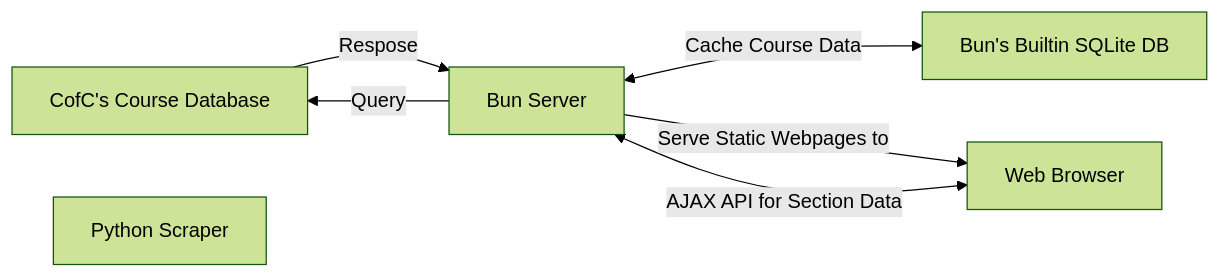
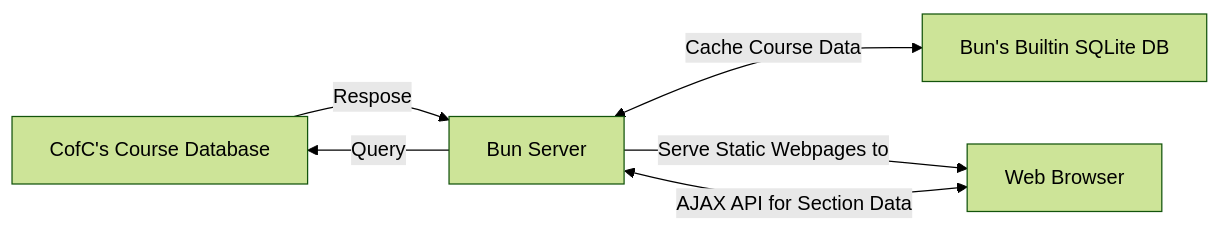
The first of 2 diagrams in docs/assignments/2 - Proposal Presentation/presentation.md (anabelle2001/class-registration-assistant), drawn with Mermaid (forest theme) before and after one commit. The commit also changed other lines of this file, not shown here.

````diff
--- a/docs/assignments/2 - Proposal Presentation/presentation.md
+++ b/docs/assignments/2 - Proposal Presentation/presentation.md
@@ -73,17 +50,16 @@
 ```mermaid
 graph LR
     CofC[CofC's Course Database]
-    Scrape[Python Scraper]
     SQL[Bun's Builtin SQLite DB]
     Bun[Bun Server]
     Browser[Web Browser]
 
     Bun -->|Query| CofC
     CofC -->|Respose| Bun
     Bun <-->|Cache Course Data| SQL
     
 
     Bun --> |Serve Static Webpages to| Browser
     Bun <--> |AJAX API for Section Data| Browser
 
 ```
````
